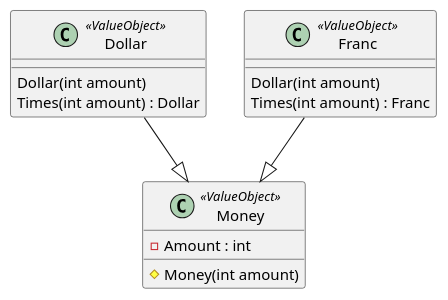
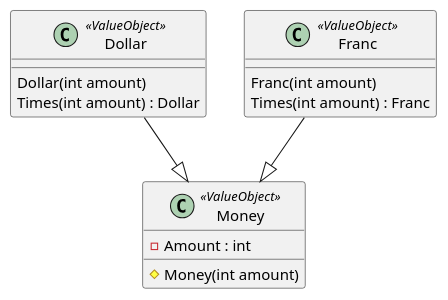
One commit to RicardoGuzmanVelasco/KentBeck.TDDByExample changed the diagram in Documentation/Classes.puml. Above: the diagram before and after it, drawn with PlantUML. The commit also changed 1 other file, not shown here.

Commit message:
7 | Dollar-Franc inequality | Documentation

```diff
--- a/Documentation/Classes.puml
+++ b/Documentation/Classes.puml
@@ -1,21 +1,21 @@
 @startuml
 class Dollar <<ValueObject>>
 {
     Dollar(int amount)
     Times(int amount) : Dollar
 }
 
 class Franc <<ValueObject>>
 {
-    Dollar(int amount)
+    Franc(int amount)
     Times(int amount) : Franc
 }
 
 class Money <<ValueObject>>
 {
     -Amount : int
     #Money(int amount)
 }
 Dollar --|> Money
 Franc --|> Money
 @enduml
```
